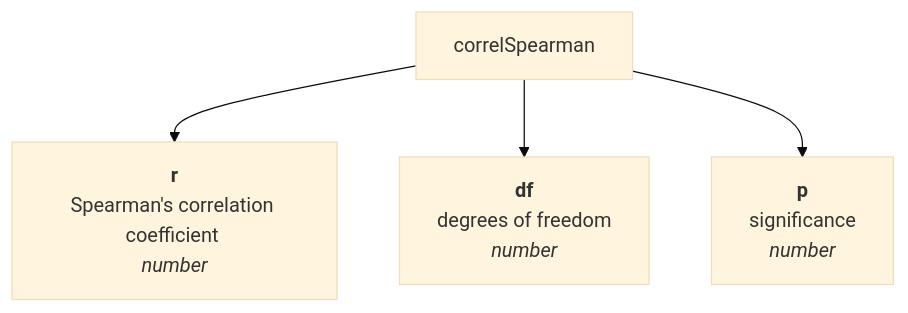
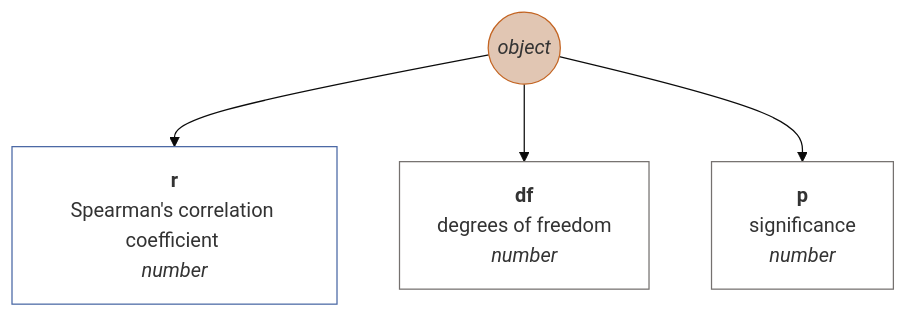
One commit to muzikp/retusa changed the third of 13 diagrams in docs/en-GB/matrix.md. Above: the diagram before and after it, drawn with Mermaid (base theme). The commit also changed other lines of this file and 17 other files, not shown here.

````diff
--- a/docs/en-GB/matrix.md
+++ b/docs/en-GB/matrix.md
@@ -146,7 +159,16 @@
 ```mermaid
 graph TD
+correlSpearman((<i>object</i>))
+style correlSpearman fill:#E1C6B3;
+style correlSpearman stroke:#C36422;
 correlSpearman --> r[<b>r</b><br>Spearman's correlation coefficient <br><i>number</i>]
+style r fill:#FFFFFF;
+style r stroke:#4967A4;
 correlSpearman --> df[<b>df</b><br>degrees of freedom <br><i>number</i>]
+style df fill:#FFFFFF;
+style df stroke:#75716F;
 correlSpearman --> p[<b>p</b><br>significance <br><i>number</i>]
+style p fill:#FFFFFF;
+style p stroke:#75716F;
 
 ```
````
